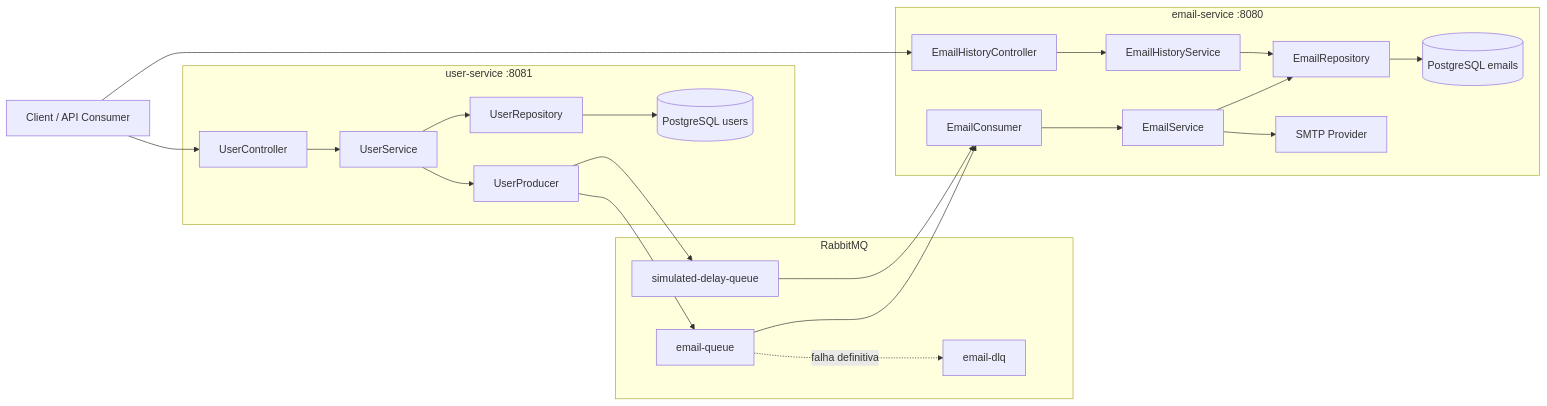
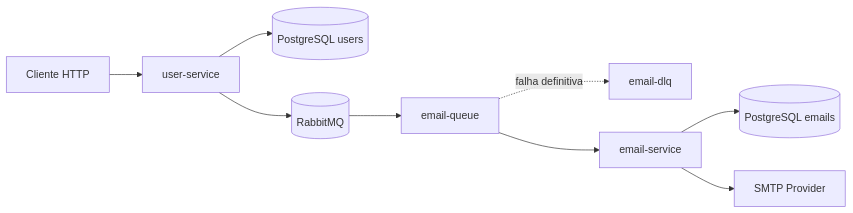
Before and after one commit to eduardofrois/user-email-sender: the diagram in README.md, drawn with Mermaid. The commit also changed other lines of this file, not shown here.

Commit message:
feat: add dlq, retry and backoff

````diff
--- a/README.md
+++ b/README.md
@@ -14,48 +23,21 @@
 ```mermaid
 flowchart LR
-    Client[Client / API Consumer]
+    Client[Cliente HTTP]
+    UserService[user-service]
+    UserDb[(PostgreSQL users)]
+    RabbitMQ[(RabbitMQ)]
+    EmailQueue[email-queue]
+    EmailDlq[email-dlq]
+    EmailService[email-service]
+    EmailDb[(PostgreSQL emails)]
+    SMTP[SMTP Provider]
 
-    subgraph UserService[user-service :8081]
-        UserController[UserController]
-        UserServiceLayer[UserService]
-        UserRepository[UserRepository]
-        UserProducer[UserProducer]
-        UserDb[(PostgreSQL users)]
-    end
-
-    subgraph Broker[RabbitMQ]
-        EmailQueue[email-queue]
-        EmailDlq[email-dlq]
-        DelayQueue[simulated-delay-queue]
-    end
-
-    subgraph EmailService[email-service :8080]
-        EmailConsumer[EmailConsumer]
-        EmailServiceLayer[EmailService]
-        EmailHistoryController[EmailHistoryController]
-        EmailHistoryService[EmailHistoryService]
-        EmailRepository[EmailRepository]
-        EmailDb[(PostgreSQL emails)]
-        MailProvider[SMTP Provider]
-    end
-
-    Client --> UserController
-    UserController --> UserServiceLayer
-    UserServiceLayer --> UserRepository
-    UserRepository --> UserDb
-    UserServiceLayer --> UserProducer
-    UserProducer --> EmailQueue
-    UserProducer --> DelayQueue
-
-    EmailQueue --> EmailConsumer
+    Client --> UserService
+    UserService --> UserDb
+    UserService --> RabbitMQ
+    RabbitMQ --> EmailQueue
+    EmailQueue --> EmailService
     EmailQueue -. falha definitiva .-> EmailDlq
-    DelayQueue --> EmailConsumer
-    EmailConsumer --> EmailServiceLayer
-    EmailServiceLayer --> EmailRepository
-    EmailRepository --> EmailDb
-    EmailServiceLayer --> MailProvider
-
-    Client --> EmailHistoryController
-    EmailHistoryController --> EmailHistoryService
-    EmailHistoryService --> EmailRepository
+    EmailService --> EmailDb
+    EmailService --> SMTP
 ```
````
